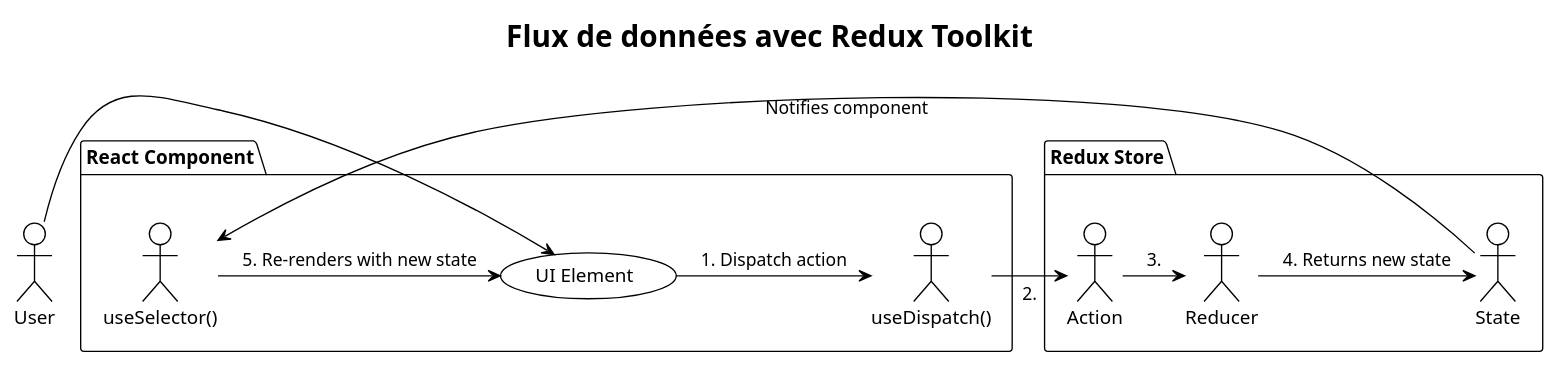
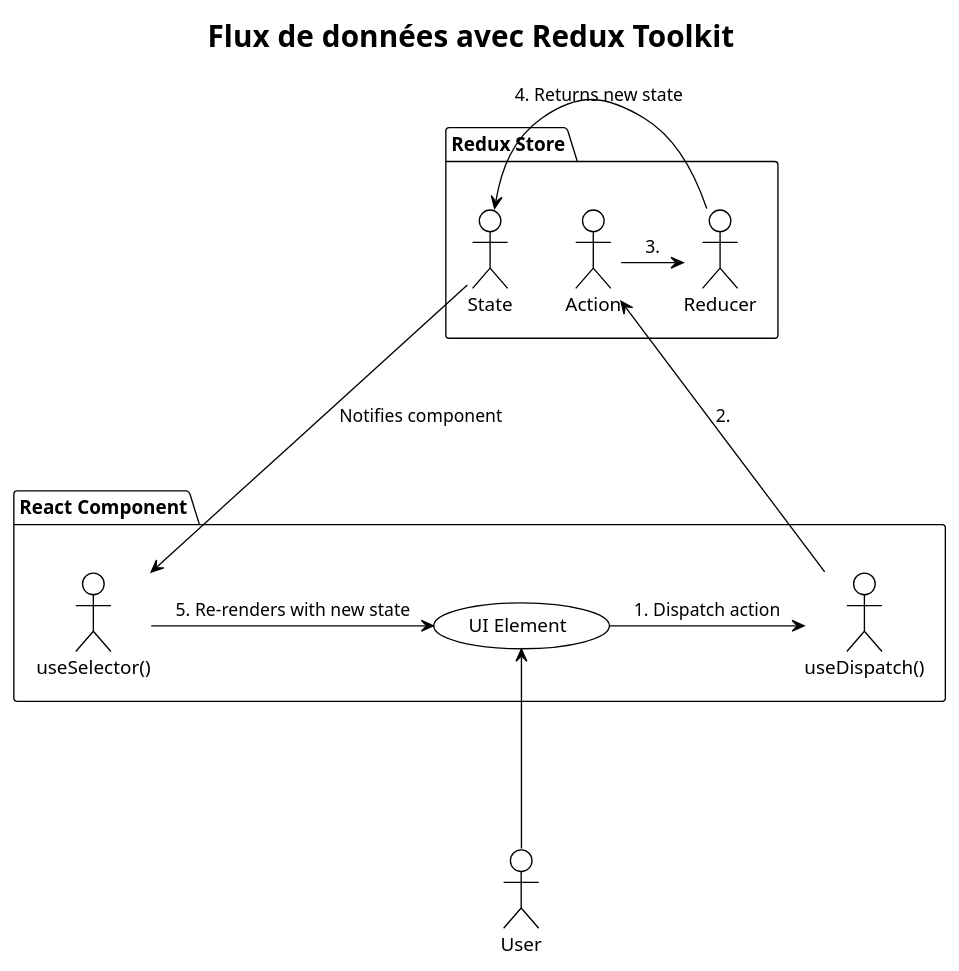
Before and after one commit to smaloron/cours-react: the diagram in Writerside/topics/004-module-04.md, drawn with PlantUML. The commit also changed other lines of this file and 15 other files, not shown here.

````diff
--- a/Writerside/topics/004-module-04.md
+++ b/Writerside/topics/004-module-04.md
@@ -287,22 +291,24 @@
 ```plantuml
 @startuml
 !theme plain
 title Flux de données avec Redux Toolkit
 
 actor User
 
 package "React Component" {
-  User -> (UI Element)
+  User -u--> (UI Element)
   (UI Element) -> "useDispatch()" : 1. Dispatch action
   "useSelector()" -> (UI Element) : 5. Re-renders with new state
 }
 
 package "Redux Store" {
-  "useDispatch()" -> "Action" : 2.
+  "useDispatch()" -u--> "Action" : 2.
   "Action" -> "Reducer" : 3.
   "Reducer" -> "State" : 4. Returns new state
   "State" -> "useSelector()" : Notifies component
 }
 
+
+
 @enduml
 ```
````
